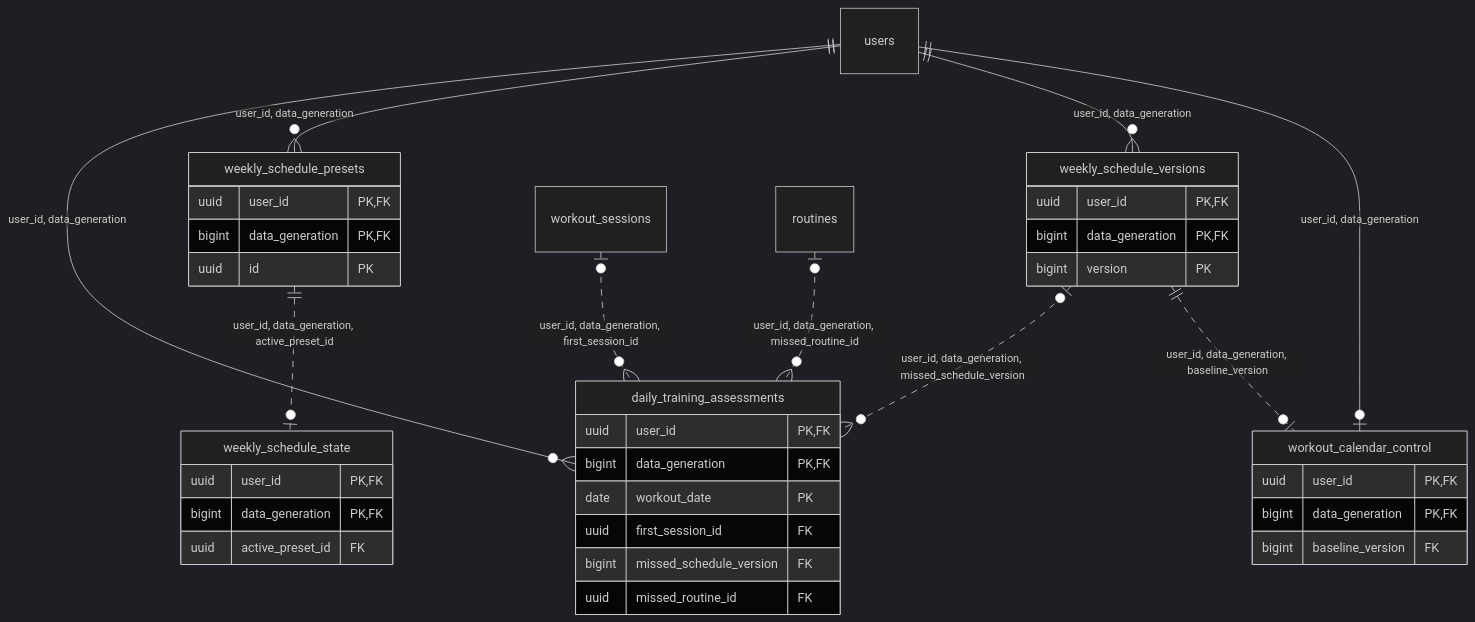
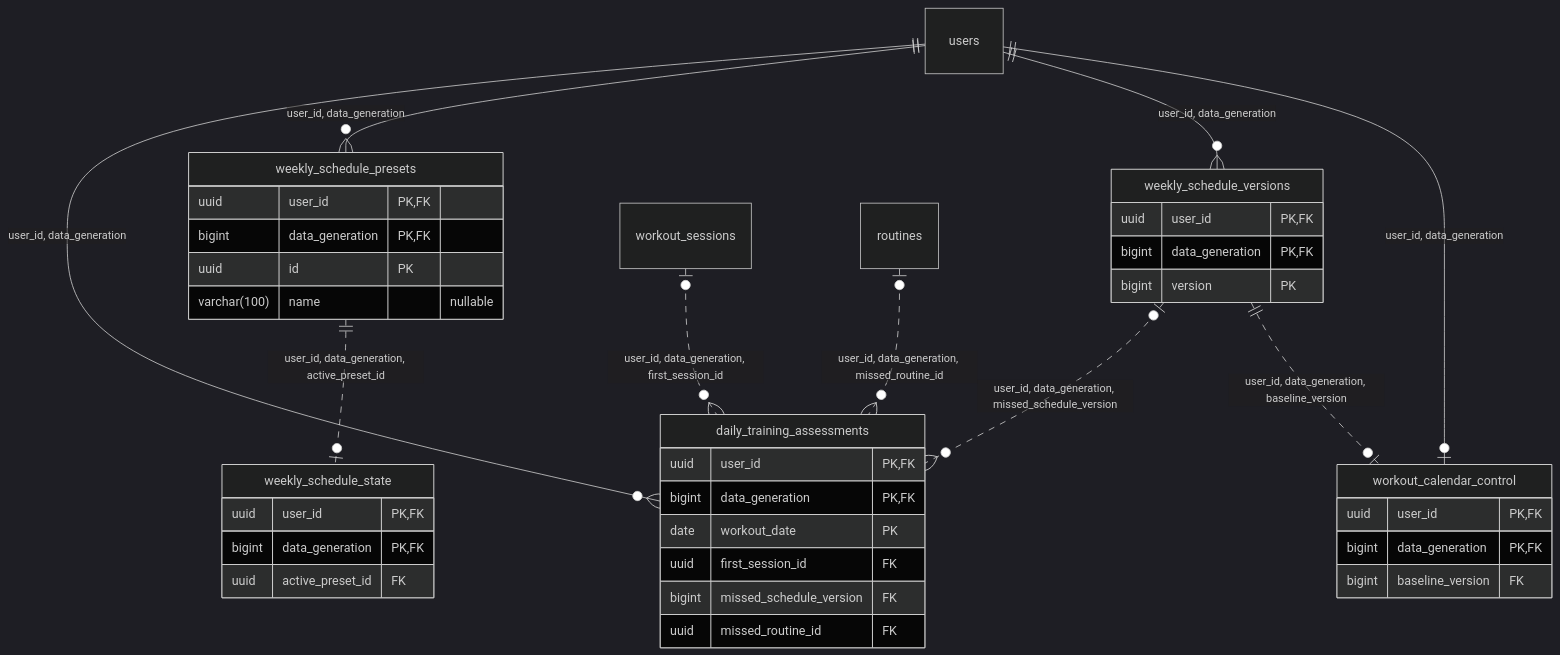
Before and after one commit to Bona-Stella/overload-server: the fifth of 8 diagrams in docs/database/erd.md, drawn with Mermaid (dark theme). The commit also changed other lines of this file and 6 other files, not shown here.

````diff
--- a/docs/database/erd.md
+++ b/docs/database/erd.md
@@ -203,41 +203,42 @@
 ```mermaid
 erDiagram
     direction TB
     weekly_schedule_presets {
         uuid user_id PK, FK
         bigint data_generation PK, FK
         uuid id PK
+        varchar(100) name "nullable"
     }
     weekly_schedule_state {
         uuid user_id PK, FK
         bigint data_generation PK, FK
         uuid active_preset_id FK
     }
     weekly_schedule_versions {
         uuid user_id PK, FK
         bigint data_generation PK, FK
         bigint version PK
     }
     workout_calendar_control {
         uuid user_id PK, FK
         bigint data_generation PK, FK
         bigint baseline_version FK
     }
     daily_training_assessments {
         uuid user_id PK, FK
         bigint data_generation PK, FK
         date workout_date PK
         uuid first_session_id FK
         bigint missed_schedule_version FK
         uuid missed_routine_id FK
     }
     workout_sessions |o..o{ daily_training_assessments : "user_id, data_generation, first_session_id"
     users ||--o{ daily_training_assessments : "user_id, data_generation"
     weekly_schedule_versions |o..o{ daily_training_assessments : "user_id, data_generation, missed_schedule_version"
     routines |o..o{ daily_training_assessments : "user_id, data_generation, missed_routine_id"
     users ||--o{ weekly_schedule_presets : "user_id, data_generation"
     weekly_schedule_presets ||..o| weekly_schedule_state : "user_id, data_generation, active_preset_id"
     users ||--o{ weekly_schedule_versions : "user_id, data_generation"
     weekly_schedule_versions ||..o| workout_calendar_control : "user_id, data_generation, baseline_version"
     users ||--o| workout_calendar_control : "user_id, data_generation"
 ```
````
